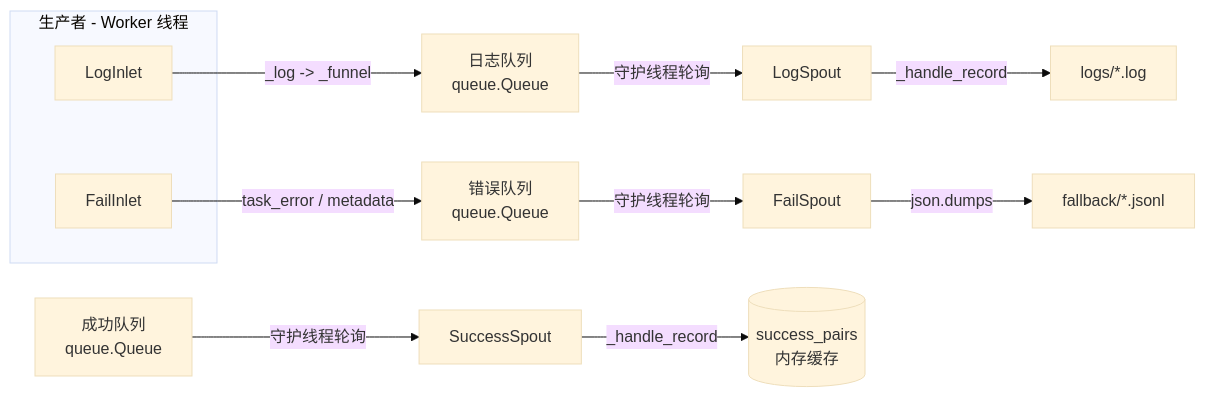
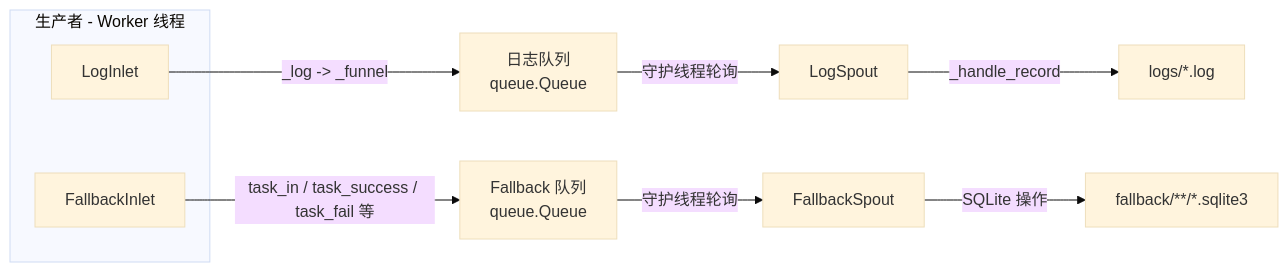
Before and after one commit to Mr-xiaotian/CelestialFlow: the diagram in docs/zh-CN/src/persistence/__init__.md, drawn with Mermaid (base theme). The commit also changed other lines of this file and 71 other files, not shown here.

````diff
--- a/docs/zh-CN/src/persistence/__init__.md
+++ b/docs/zh-CN/src/persistence/__init__.md
@@ -80,19 +71,16 @@
 ```mermaid
 flowchart LR
     subgraph Producer[生产者 - Worker 线程]
         LogInlet[LogInlet]
-        FailInlet[FailInlet]
+        FallbackInlet[FallbackInlet]
     end
 
     LogInlet -->|_log -> _funnel| LogQueue[日志队列<br/>queue.Queue]
-    FailInlet -->|task_error / metadata| FailQueue[错误队列<br/>queue.Queue]
+    FallbackInlet -->|task_in / task_success / task_fail 等| FallbackQueue[Fallback 队列<br/>queue.Queue]
 
     LogQueue -->|守护线程轮询| LogSpout[LogSpout]
-    FailQueue -->|守护线程轮询| FailSpout[FailSpout]
+    FallbackQueue -->|守护线程轮询| FallbackSpout[FallbackSpout]
 
     LogSpout -->|_handle_record| LogFile[logs/*.log]
-    FailSpout -->|json.dumps| FailFile[fallback/*.jsonl]
-
-    SrcQueue[成功队列<br/>queue.Queue] -->|守护线程轮询| SuccessSpout[SuccessSpout]
-    SuccessSpout -->|_handle_record| Cache[(success_pairs<br/>内存缓存)]
+    FallbackSpout -->|SQLite 操作| SQLiteFile[fallback/**/*.sqlite3]
 ```
````
